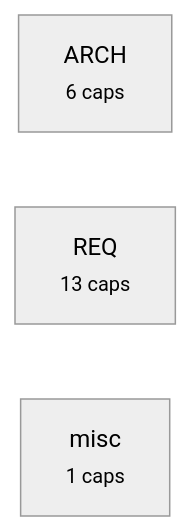
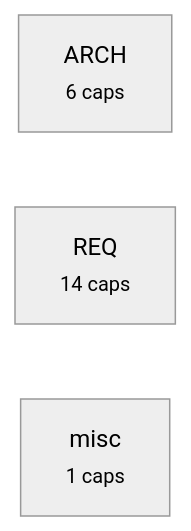
The third of 4 diagrams in requirements/_map.md (alxmax/excalidraw-diagram), drawn with Mermaid (neutral theme) before and after one commit. The commit also changed other lines of this file and 8 other files, not shown here.

````diff
--- a/requirements/_map.md
+++ b/requirements/_map.md
@@ -98,6 +99,6 @@
 ```mermaid
 graph LR
   a_ARCH["ARCH<br><small>6 caps</small>"]
-  a_REQ["REQ<br><small>13 caps</small>"]
+  a_REQ["REQ<br><small>14 caps</small>"]
   a_misc["misc<br><small>1 caps</small>"]
 ```
````
